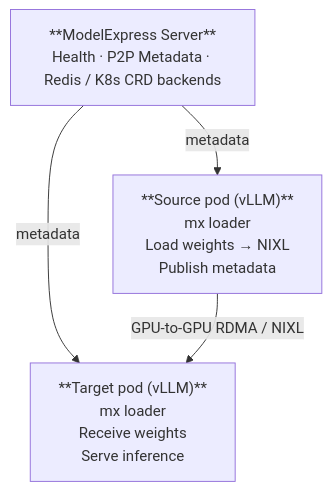
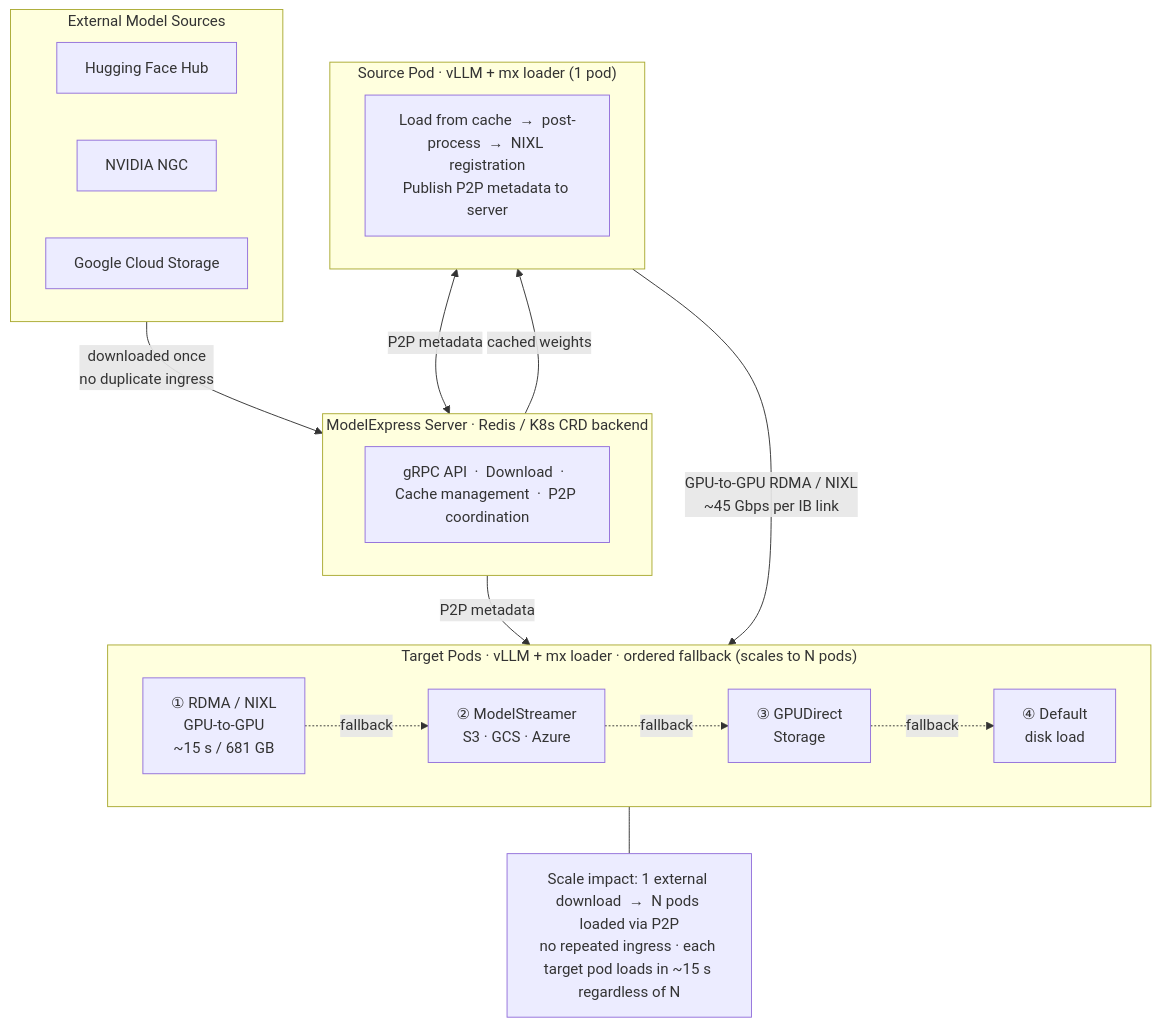
The diagram in README.md (ai-dynamo/modelexpress), drawn with Mermaid before and after one commit.

Commit message:
docs: redesign architecture diagram to show full ModelExpress flow
Replace minimal 3-node diagram with one that covers:
- External model sources (HF, NGC, GCS) with one-time download / ingress reduction
- ModelExpress Server with Redis / K8s CRD backend
- Source pod load pipeline (cache → post-process → NIXL → publish metadata)
- Target pod ordered fallback chain (RDMA → ModelStreamer → GDS → Default)
- Scale impact callout: 1 download → N pods at ~15 s each via P2P

````diff
--- a/README.md
+++ b/README.md
@@ -107,12 +107,35 @@
 ```mermaid
 flowchart TB
-    server["**ModelExpress Server**\nHealth · P2P Metadata · Redis / K8s CRD backends"]
+    subgraph ext["External Model Sources"]
+        direction LR
+        HF["Hugging Face Hub"]
+        NGC["NVIDIA NGC"]
+        GCS["Google Cloud Storage"]
+    end
 
-    source["**Source pod (vLLM)**\nmx loader\nLoad weights → NIXL\nPublish metadata"]
+    subgraph mx["ModelExpress Server  ·  Redis / K8s CRD backend"]
+        api["gRPC API  ·  Download  ·  Cache management  ·  P2P coordination"]
+    end
 
-    target["**Target pod (vLLM)**\nmx loader\nReceive weights\nServe inference"]
+    subgraph source["Source Pod  ·  vLLM + mx loader  (1 pod)"]
+        sl["Load from cache  →  post-process  →  NIXL registration\nPublish P2P metadata to server"]
+    end
 
-    server -->|metadata| source
-    server -->|metadata| target
-    source -- "GPU-to-GPU RDMA / NIXL" --> target
+    subgraph targets["Target Pods  ·  vLLM + mx loader  ·  ordered fallback  (scales to N pods)"]
+        direction LR
+        t1["① RDMA / NIXL\nGPU-to-GPU\n~15 s / 681 GB"]
+        t2["② ModelStreamer\nS3 · GCS · Azure"]
+        t3["③ GPUDirect\nStorage"]
+        t4["④ Default\ndisk load"]
+        t1 -.->|fallback| t2 -.->|fallback| t3 -.->|fallback| t4
+    end
+
+    scale["Scale impact: 1 external download  →  N pods loaded via P2P\nno repeated ingress · each target pod loads in ~15 s regardless of N"]
+
+    ext -->|"downloaded once\nno duplicate ingress"| mx
+    mx -->|cached weights| source
+    source <-->|P2P metadata| mx
+    mx -->|P2P metadata| targets
+    source -->|"GPU-to-GPU RDMA / NIXL\n~45 Gbps per IB link"| targets
+    targets --- scale
 ```
````
